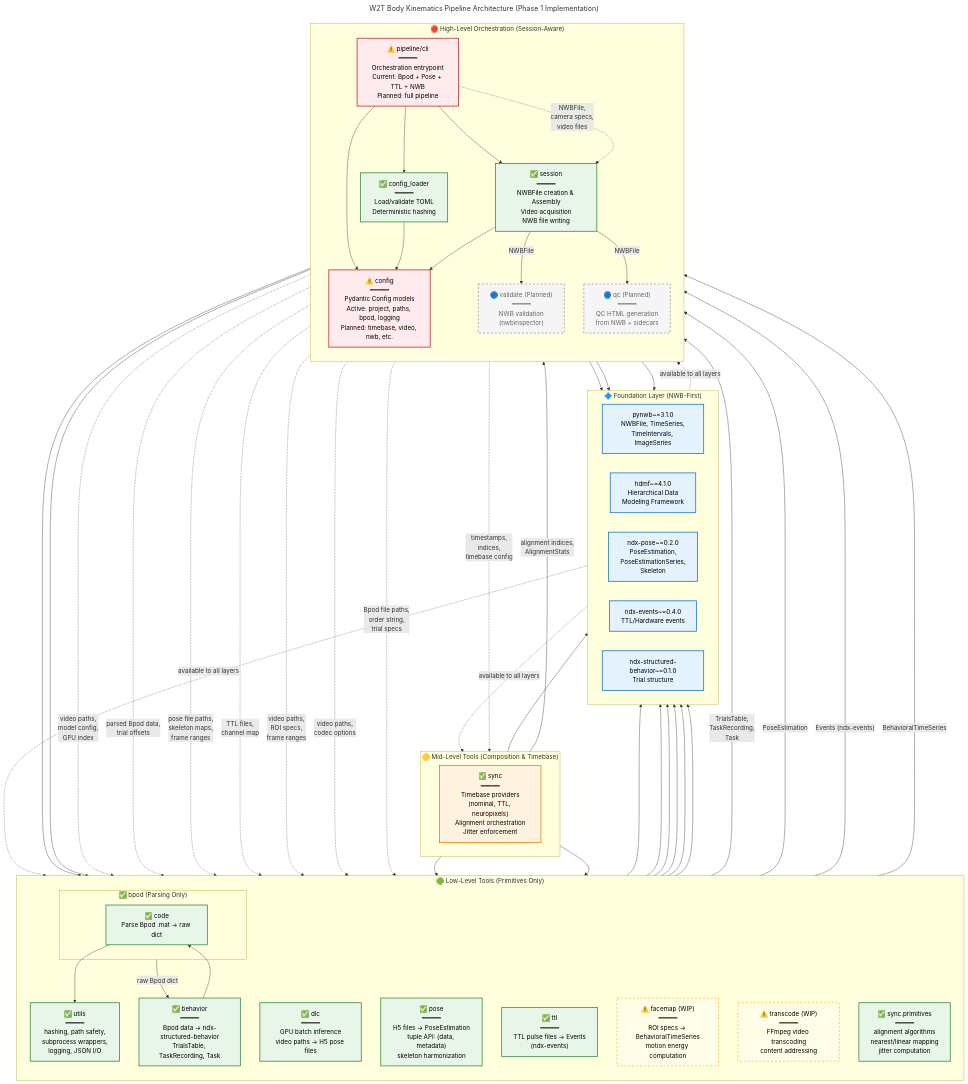
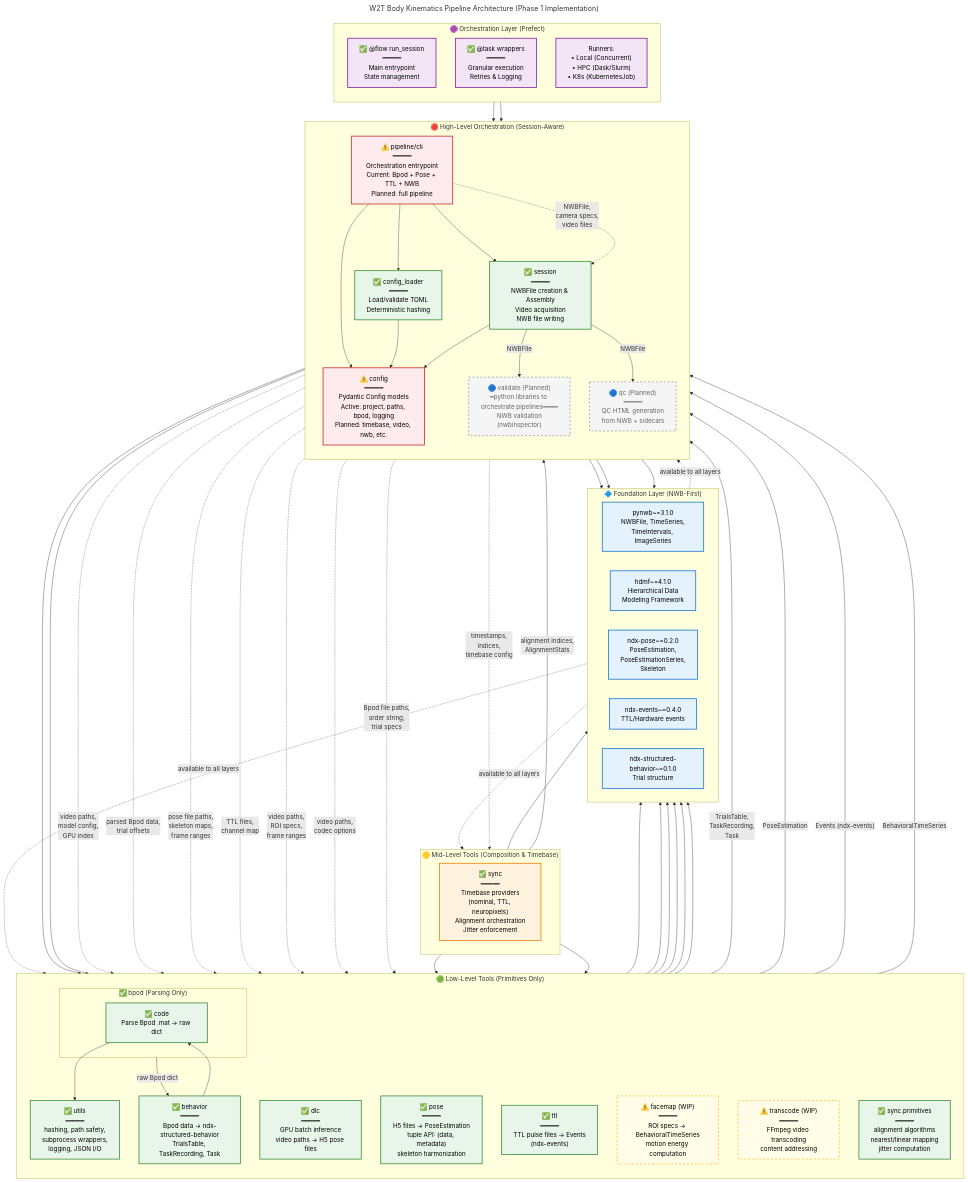
The diagram in docs/architecture_diagram.mmd (BorjaEst/w2t-bkin), drawn with Mermaid before and after one commit. The commit also changed 1 other file, not shown here.

Commit message:
Add orchestration layer details and update validation descriptions in documentation

```diff
--- a/docs/architecture_diagram.mmd
+++ b/docs/architecture_diagram.mmd
@@ -1,164 +1,182 @@
 ---
 title: W2T Body Kinematics Pipeline Architecture (Phase 1 Implementation)
 ---
 graph TD
     %% ============================================================================
     %% LEGEND: Implementation Status
     %% ✅ Implemented | ⚠️ Partial/WIP | 🔵 Planned
     %% ============================================================================
     
     %% ============================================================================
     %% FOUNDATION LAYER (NWB-First)
     %% External dependencies available to all layers
     %% ============================================================================
     subgraph Foundation["🔷 Foundation Layer (NWB-First)"]
         direction LR
         pynwb["pynwb~=3.1.0<br/>NWBFile, TimeSeries,<br/>TimeIntervals, ImageSeries"]
         hdmf["hdmf~=4.1.0<br/>Hierarchical Data<br/>Modeling Framework"]
         ndx_pose["ndx-pose~=0.2.0<br/>PoseEstimation,<br/>PoseEstimationSeries,<br/>Skeleton"]
         ndx_events["ndx-events~=0.4.0<br/>TTL/Hardware events"]
         ndx_behavior["ndx-structured-behavior~=0.1.0<br/>Trial structure"]
     end
 
     %% ============================================================================
     %% LOW-LEVEL LAYER
     %% Raw files + primitives → NWB-native structures
     %% NEVER imports config, Session, or Manifest
     %% ============================================================================
     subgraph LowLevel["🟢 Low-Level Tools (Primitives Only)"]
         direction TB
         
         utils["✅ utils<br/>━━━━━<br/>hashing, path safety,<br/>subprocess wrappers,<br/>logging, JSON I/O"]
         
         subgraph BpodModule["✅ bpod (Parsing Only)"]
             bpod_code["✅ code<br/>Parse Bpod .mat → raw dict"]
         end
         
         behavior["✅ behavior<br/>━━━━━<br/>Bpod data → ndx-structured-behavior<br/>TrialsTable, TaskRecording, Task"]
         
         dlc["✅ dlc<br/>━━━━━<br/>GPU batch inference<br/>video paths → H5 pose files"]
         
         pose["✅ pose<br/>━━━━━<br/>H5 files → PoseEstimation<br/>tuple API: (data, metadata)<br/>skeleton harmonization"]
         
         ttl["✅ ttl<br/>━━━━━<br/>TTL pulse files → Events<br/>(ndx-events)"]
 
         facemap["⚠️ facemap (WIP)<br/>━━━━━<br/>ROI specs → BehavioralTimeSeries<br/>motion energy computation"]
         
         transcode["⚠️ transcode (WIP)<br/>━━━━━<br/>FFmpeg video transcoding<br/>content addressing"]
         
         sync_primitives["✅ sync.primitives<br/>━━━━━<br/>alignment algorithms<br/>nearest/linear mapping<br/>jitter computation"]
     end
 
     %% ============================================================================
     %% MID-LEVEL LAYER
     %% Composition + timebase, no TOML/filesystem knowledge
     %% ============================================================================
     subgraph MidLevel["🟡 Mid-Level Tools (Composition & Timebase)"]
         direction LR
         
         sync["✅ sync<br/>━━━━━<br/>Timebase providers<br/>(nominal, TTL, neuropixels)<br/>Alignment orchestration<br/>Jitter enforcement"]
     end
 
     %% ============================================================================
     %% HIGH-LEVEL LAYER
     %% Session-aware orchestration, owns Config/Session/filesystem
     %% ============================================================================
     subgraph HighLevel["🔴 High-Level Orchestration (Session-Aware)"]
         direction TB
         
         config_pkg["⚠️ config<br/>━━━━━<br/>Pydantic Config models<br/>Active: project, paths, bpod, logging<br/>Planned: timebase, video, nwb, etc."]
         
         config_loader["✅ config_loader<br/>━━━━━<br/>Load/validate TOML<br/>Deterministic hashing"]
         
         session_mod["✅ session<br/>━━━━━<br/>NWBFile creation & Assembly<br/>Video acquisition<br/>NWB file writing"]
         
         pipeline["⚠️ pipeline/cli<br/>━━━━━<br/>Orchestration entrypoint<br/>Current: Bpod + Pose + TTL + NWB<br/>Planned: full pipeline"]
         
-        validate["🔵 validate (Planned)<br/>━━━━━<br/>NWB validation<br/>(nwbinspector)"]
+        validate["🔵 validate (Planned)<br/>━python libraries to orchestrate pipelines━━━━<br/>NWB validation<br/>(nwbinspector)"]
         
         qc["🔵 qc (Planned)<br/>━━━━━<br/>QC HTML generation<br/>from NWB + sidecars"]
+    end
+
+    %% ============================================================================
+    %% ORCHESTRATION LAYER (Prefect)
+    %% Wraps High-Level logic for distributed execution
+    %% ============================================================================
+    subgraph Orchestration["🟣 Orchestration Layer (Prefect)"]
+        direction TB
+        prefect_flow["✅ @flow run_session<br/>━━━━━<br/>Main entrypoint<br/>State management"]
+        prefect_tasks["✅ @task wrappers<br/>━━━━━<br/>Granular execution<br/>Retries & Logging"]
+        
+        runners["Runners:<br/>• Local (Concurrent)<br/>• HPC (Dask/Slurm)<br/>• K8s (KubernetesJob)"]
     end
 
     %% ============================================================================
     %% SOLID ARROWS (→) - Direct module imports allowed
     %% ============================================================================
     
     %% Foundation → All Layers (available everywhere)
     Foundation -.->|"available to all layers"| LowLevel
     Foundation -.->|"available to all layers"| MidLevel
     Foundation -.->|"available to all layers"| HighLevel
     
     %% Low-level → Foundation + Utils
     utils --> Foundation
     bpod_code --> utils
     behavior --> Foundation
     behavior --> bpod_code
     dlc --> Foundation
     pose --> Foundation
     ttl --> Foundation
     facemap --> Foundation
     
     %% Mid-level → Low-level + Foundation
     sync --> sync_primitives
     
     %% Mid-level → Low-level + Foundation
     sync --> sync_primitives
     sync --> Foundation
     
     %% High-level → Everything below
     config_loader --> config_pkg
     config_loader --> utils
     session_mod --> Foundation
     session_mod --> config_pkg
     pipeline --> config_pkg
     pipeline --> config_loader
     pipeline --> session_mod
     pipeline --> utils
     validate --> Foundation
     qc --> Foundation
 
+    %% Orchestration → High-Level
+    prefect_flow --> pipeline
+    prefect_tasks --> pipeline
+
     %% ============================================================================
     %% DOTTED ARROWS (-.→) - Orchestration calls with primitives only
     %% Pipeline calls low/mid-level with paths, strings, numbers (NO Session/Manifest)
     %% ============================================================================
     
     pipeline -.->|"video paths,<br/>model config,<br/>GPU index"| dlc
     pipeline -.->|"Bpod file paths,<br/>order string,<br/>trial specs"| BpodModule
     pipeline -.->|"parsed Bpod data,<br/>trial offsets"| behavior
     pipeline -.->|"pose file paths,<br/>skeleton maps,<br/>frame ranges"| pose
     pipeline -.->|"TTL files,<br/>channel map"| ttl
     pipeline -.->|"video paths,<br/>ROI specs,<br/>frame ranges"| facemap
     pipeline -.->|"video paths,<br/>codec options"| transcode
     pipeline -.->|"timestamps,<br/>indices,<br/>timebase config"| sync
     pipeline -.->|"NWBFile,<br/>camera specs,<br/>video files"| session_mod
 
     %% ============================================================================
     %% DATA FLOW (NWB objects through system)
     %% ============================================================================
     
     BpodModule -->|"raw Bpod dict"| behavior
     behavior -->|"TrialsTable,<br/>TaskRecording,<br/>Task"| session_mod
     pose -->|"PoseEstimation"| session_mod
     ttl -->|"Events (ndx-events)"| session_mod
     facemap -->|"BehavioralTimeSeries"| session_mod
     sync -->|"alignment indices,<br/>AlignmentStats"| session_mod
     session_mod -->|"NWBFile"| validate
     session_mod -->|"NWBFile"| qc
 
     %% ============================================================================
     %% STYLING
     %% ============================================================================
     
     classDef foundationStyle fill:#e3f2fd,stroke:#1976d2,stroke-width:2px,color:#000
     classDef lowLevelStyle fill:#e8f5e9,stroke:#388e3c,stroke-width:2px,color:#000
     classDef midLevelStyle fill:#fff3e0,stroke:#f57c00,stroke-width:2px,color:#000
     classDef highLevelStyle fill:#ffebee,stroke:#c62828,stroke-width:2px,color:#000
     classDef plannedStyle fill:#f5f5f5,stroke:#9e9e9e,stroke-width:2px,stroke-dasharray:5 5,color:#666
     classDef wipStyle fill:#fffde7,stroke:#fbc02d,stroke-width:2px,stroke-dasharray:5 5,color:#000
+    classDef orchStyle fill:#f3e5f5,stroke:#7b1fa2,stroke-width:2px,color:#000
     
     class pynwb,hdmf,ndx_pose,ndx_events,ndx_behavior foundationStyle
     class utils,bpod_code,behavior,dlc,pose,ttl,sync_primitives,config_loader,session_mod lowLevelStyle
     class sync midLevelStyle
     class config_pkg,pipeline highLevelStyle
     class validate,qc plannedStyle
     class facemap,transcode wipStyle
+    class prefect_flow,prefect_tasks,runners orchStyle
```
